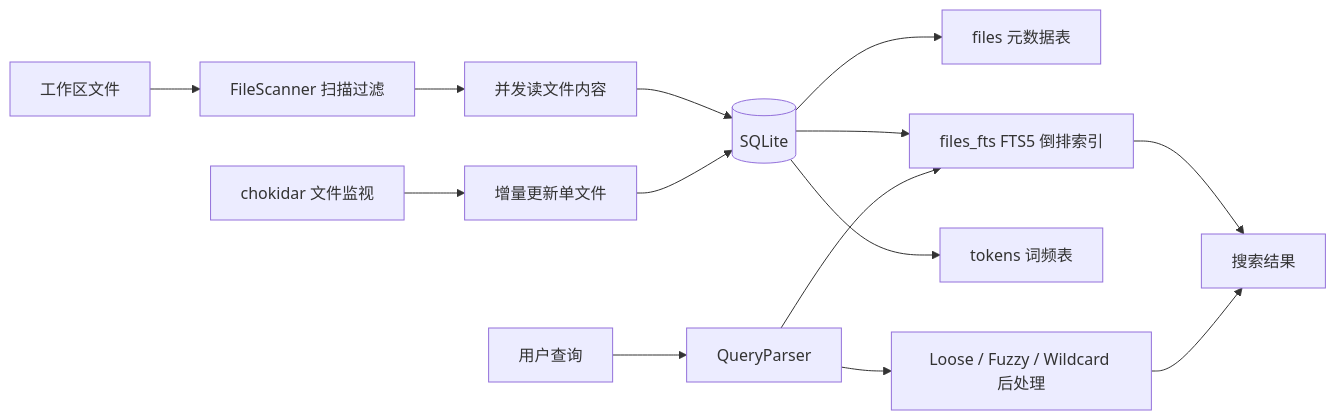
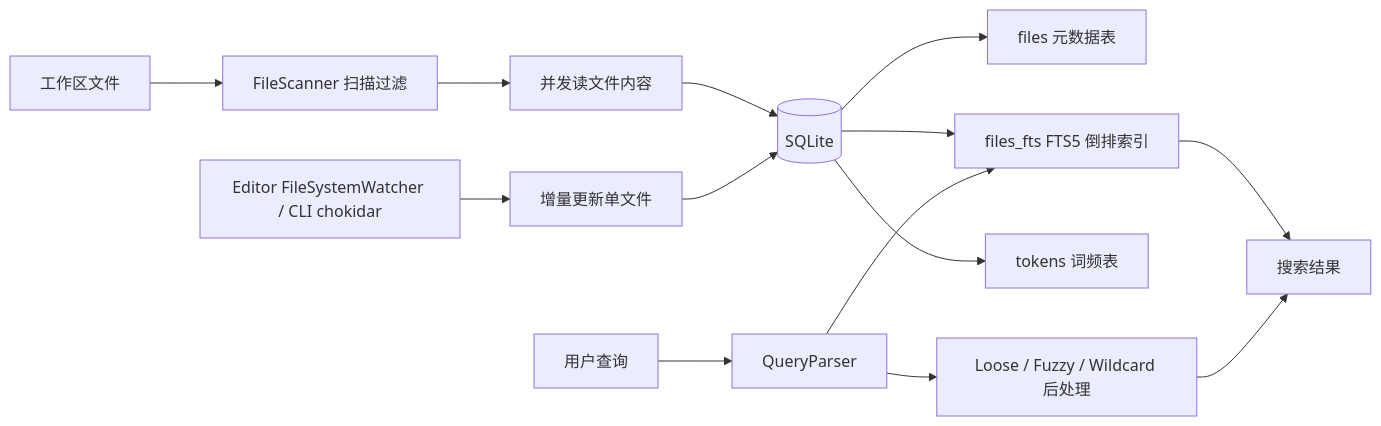
The second of 2 diagrams in README_Dev.md (OscarKing888/CodeSearch), drawn with Mermaid before and after one commit. The commit also changed other lines of this file and 75 other files, not shown here.

````diff
--- a/README_Dev.md
+++ b/README_Dev.md
@@ -442,16 +487,16 @@
 ```mermaid
 flowchart LR
     Files[工作区文件] --> Scan[FileScanner 扫描过滤]
     Scan --> Read[并发读文件内容]
     Read --> DB[(SQLite)]
     DB --> Meta[files 元数据表]
     DB --> FTS[files_fts FTS5 倒排索引]
     DB --> Tokens[tokens 词频表]
-    Watcher[chokidar 文件监视] --> Incremental[增量更新单文件]
+    Watcher[Editor FileSystemWatcher / CLI chokidar] --> Incremental[增量更新单文件]
     Incremental --> DB
     Query[用户查询] --> Parser[QueryParser]
     Parser --> FTS
     Parser --> Post[Loose / Fuzzy / Wildcard 后处理]
     FTS --> Results[搜索结果]
     Post --> Results
 ```
````
